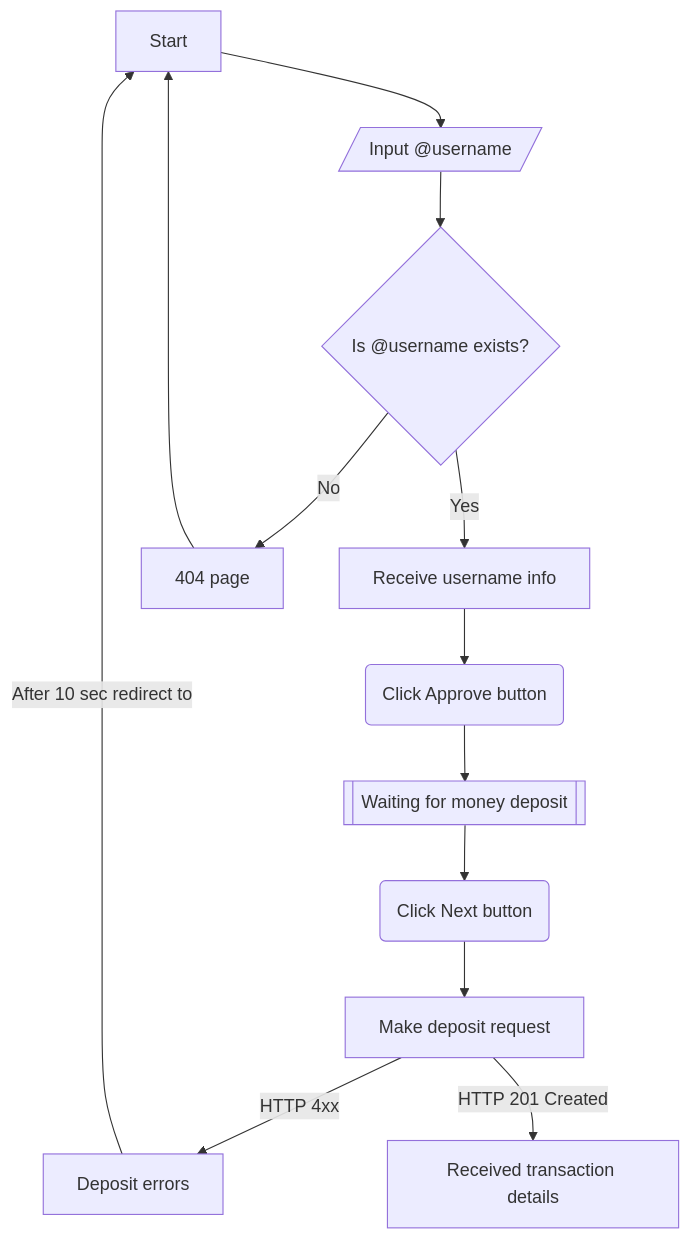
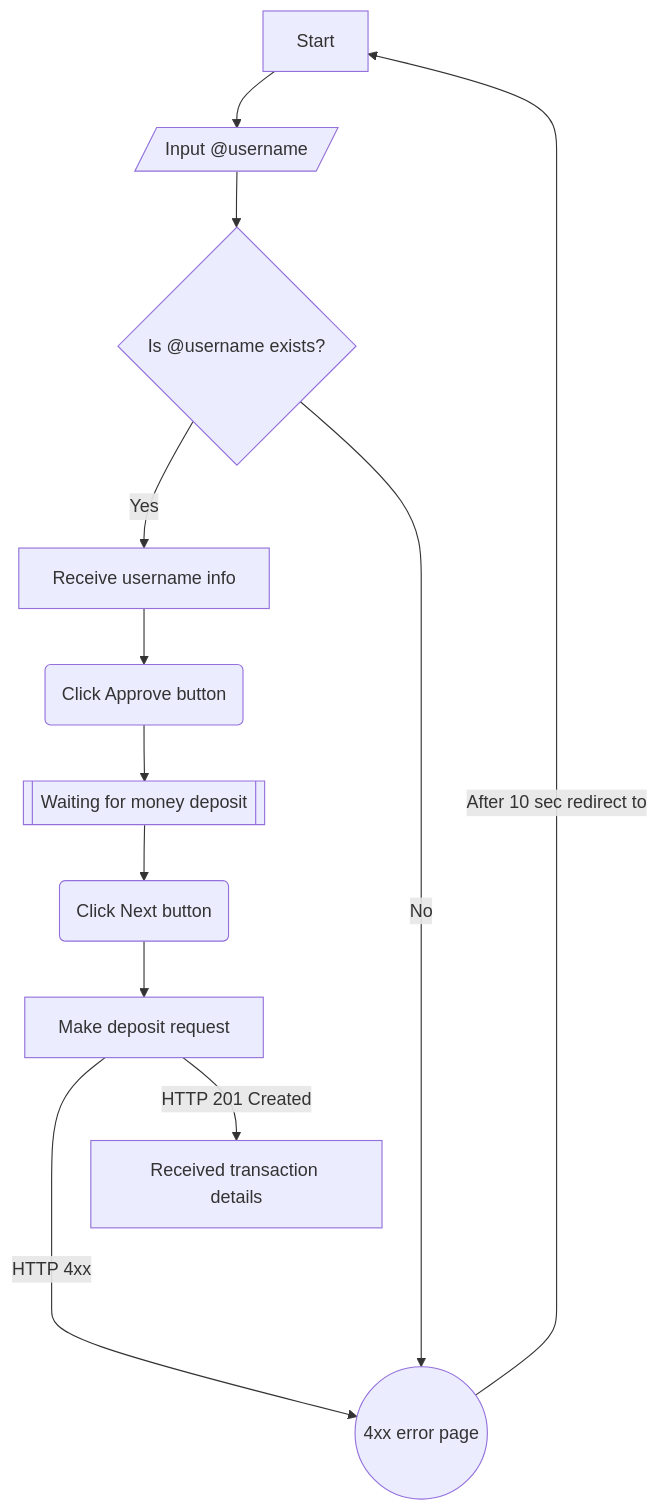
Before and after one commit to iumiCash/terminal-api: the diagram in docs/cash_in/flow.md, drawn with Mermaid. The commit also changed other lines of this file and 4 other files, not shown here.

````diff
--- a/docs/cash_in/flow.md
+++ b/docs/cash_in/flow.md
@@ -7,17 +7,26 @@
 ```mermaid
 graph TD
     start[Start] --> input_username[/"Input @username"/];
     input_username --> check_username{"Is @username exists?"};
     check_username --> |Yes| username_exist["Receive username info"];
-    check_username -->|No| username_not_exist["404 page"] --> start;
+    check_username --> |No| error_page(("4xx error page"));
+    error_page -- "After 10 sec redirect to" --> start;
     
     username_exist --> username_approving("Click Approve button");
     username_approving --> waiting_for_deposit[["Waiting for money deposit"]];
     waiting_for_deposit --> next_after_money_deposit("Click Next button");
     next_after_money_deposit --> deposit_request["Make deposit request"];
-    deposit_request --> |"HTTP 4xx"| error_deposit_request["Deposit errors"];
-    error_deposit_request -- "After 10 sec redirect to" --> start;
+    deposit_request ----> |"HTTP 4xx"| error_page;
     deposit_request --> |"HTTP 201 Created"| successful_deposit_request["Received transaction details"];
 
     click start href "#start";
+    click input_username href "#input_username";
+    click check_username href "#retrieve_user";
+    click username_exist href "#username_exist";
+    click error_page href "#error_page";
+    click username_approving href "#username_approving";
+    click waiting_for_deposit href "#waiting_for_deposit";
+    click next_after_money_deposit href "#next_after_money_deposit";
+    click deposit_request href "#deposit_request";
+    click successful_deposit_request href "#successful_deposit_request";
 ```
````
